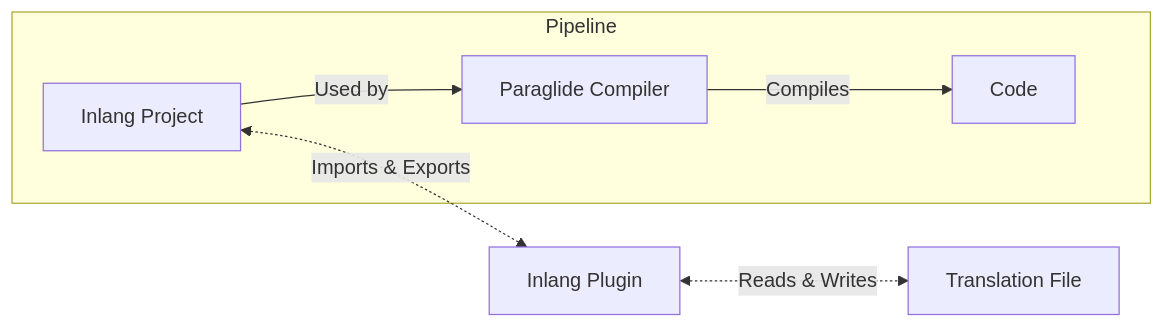
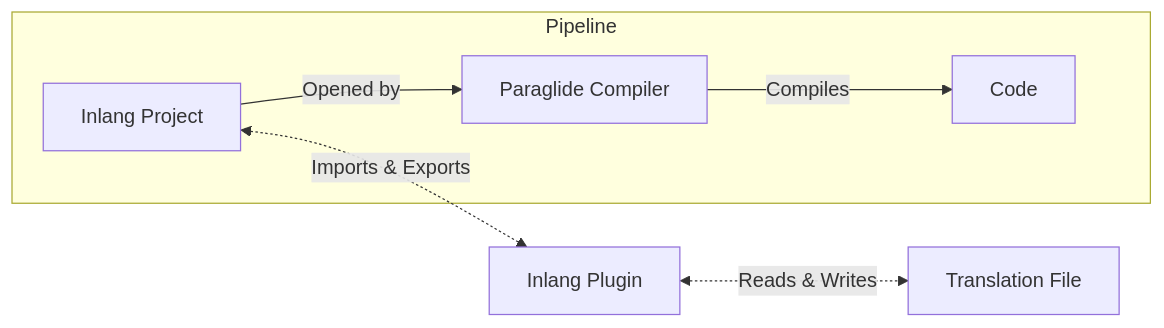
One commit to opral/monorepo changed the diagram in inlang/packages/paraglide/paraglide-js/docs/file-formats.md. Above: the diagram before and after it, drawn with Mermaid.

Commit message:
better wording

````diff
--- a/inlang/packages/paraglide/paraglide-js/docs/file-formats.md
+++ b/inlang/packages/paraglide/paraglide-js/docs/file-formats.md
@@ -12,11 +12,11 @@
 ```mermaid
 graph LR;
     
     subgraph "Pipeline"
-        A[Inlang Project] -->|Used by| B[Paraglide Compiler]
+        A[Inlang Project] -->|Opened by| B[Paraglide Compiler]
         B -->|Compiles| C[Code]
     end
 
     A <-.->|Imports & Exports| D[Inlang Plugin]
     D <-.->|Reads & Writes| E[Translation File]
 ```
````
